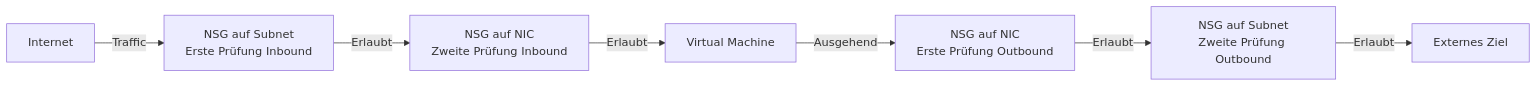
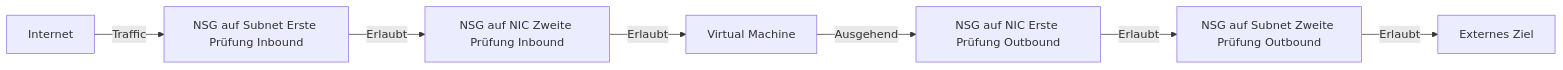
One commit to SoniiiT/notes-n-docs changed the first of 5 diagrams in Microsoft 365/Azure/Netzwerk/Network Security Groups.md. Above: the diagram before and after it, drawn with Mermaid. The commit also changed other lines of this file and 124 other files, not shown here.

First line of the commit message:
fix: Entferne \n aus allen Mermaid-Diagrammen (125 Dateien)

````diff
--- a/Microsoft 365/Azure/Netzwerk/Network Security Groups.md
+++ b/Microsoft 365/Azure/Netzwerk/Network Security Groups.md
@@ -33,9 +33,9 @@
 ```mermaid
 graph LR
-    INT[Internet] -->|Traffic| NSG_SUB[NSG auf Subnet\nErste Prüfung Inbound]
-    NSG_SUB -->|Erlaubt| NSG_NIC[NSG auf NIC\nZweite Prüfung Inbound]
+    INT[Internet] -->|Traffic| NSG_SUB[NSG auf Subnet Erste Prüfung Inbound]
+    NSG_SUB -->|Erlaubt| NSG_NIC[NSG auf NIC Zweite Prüfung Inbound]
     NSG_NIC -->|Erlaubt| VM[Virtual Machine]
-    VM -->|Ausgehend| NSG_NIC2[NSG auf NIC\nErste Prüfung Outbound]
-    NSG_NIC2 -->|Erlaubt| NSG_SUB2[NSG auf Subnet\nZweite Prüfung Outbound]
+    VM -->|Ausgehend| NSG_NIC2[NSG auf NIC Erste Prüfung Outbound]
+    NSG_NIC2 -->|Erlaubt| NSG_SUB2[NSG auf Subnet Zweite Prüfung Outbound]
     NSG_SUB2 -->|Erlaubt| EXT[Externes Ziel]
 ```
````
